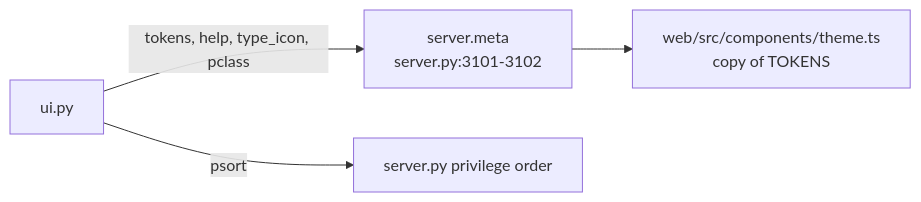
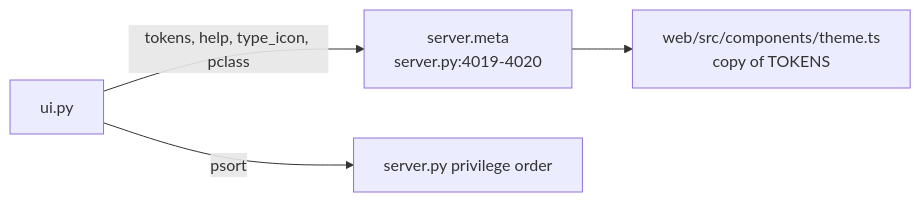
The diagram in snowflake-access-explorer-knowledge-graph/modules/ui.md (darshanmeel/snowflake-access-explorer), drawn with Mermaid before and after one commit. The commit also changed 97 other files, not shown here.

First line of the commit message:
Knowledge graph: updated for 80 commits (read levels, object inventory, object activity, graph focus, risks, Home)

````diff
--- a/snowflake-access-explorer-knowledge-graph/modules/ui.md
+++ b/snowflake-access-explorer-knowledge-graph/modules/ui.md
@@ -6,6 +6,6 @@
 ```mermaid
 flowchart LR
-  UI[ui.py] -->|tokens, help, type_icon, pclass| M[server.meta<br/>server.py:3101-3102]
+  UI[ui.py] -->|tokens, help, type_icon, pclass| M[server.meta<br/>server.py:4019-4020]
   M --> W[web/src/components/theme.ts<br/>copy of TOKENS]
   UI -->|psort| S[server.py privilege order]
 ```
````
